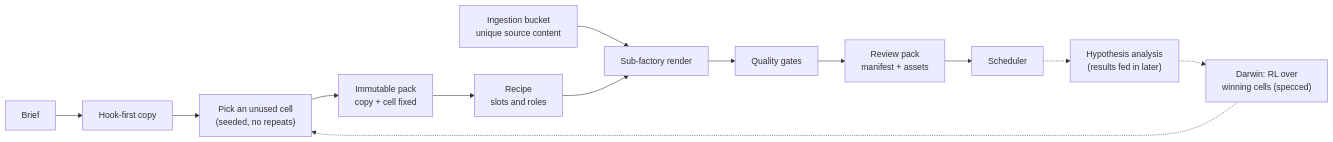
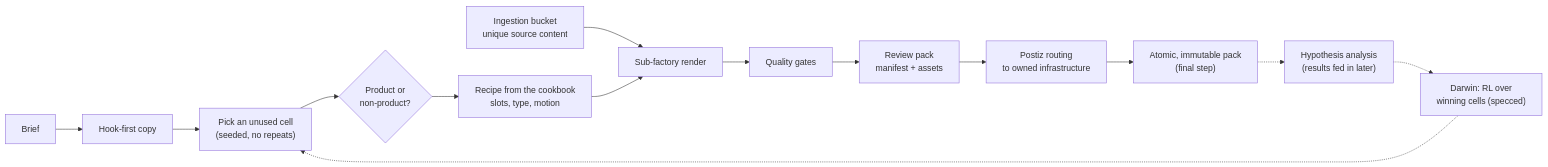
One commit to Ganto12/Ganto12 changed the diagram in engine/kp_content_engine.md. Above: the diagram before and after it, drawn with Mermaid. The commit also changed other lines of this file and 4 other files, not shown here.

````diff
--- a/engine/kp_content_engine.md
+++ b/engine/kp_content_engine.md
@@ -15,15 +17,16 @@
 ```mermaid
 flowchart LR
     B["Brief"] --> H["Hook-first copy"]
     H --> C["Pick an unused cell<br/>(seeded, no repeats)"]
-    C --> P["Immutable pack<br/>copy + cell fixed"]
-    P --> R["Recipe<br/>slots and roles"]
+    C --> K{"Product or<br/>non-product?"}
+    K --> R["Recipe from the cookbook<br/>slots, type, motion"]
     I["Ingestion bucket<br/>unique source content"] --> F
     R --> F["Sub-factory render"]
     F --> G["Quality gates"]
     G --> Q["Review pack<br/>manifest + assets"]
-    Q --> S["Scheduler"]
-    S -.-> A["Hypothesis analysis<br/>(results fed in later)"]
+    Q --> S["Postiz routing<br/>to owned infrastructure"]
+    S --> P["Atomic, immutable pack<br/>(final step)"]
+    P -.-> A["Hypothesis analysis<br/>(results fed in later)"]
     A -.-> D["Darwin: RL over<br/>winning cells (specced)"]
     D -.-> C
 ```
````
